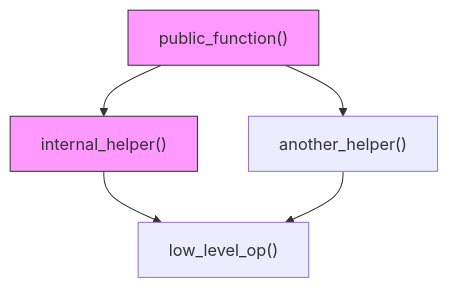
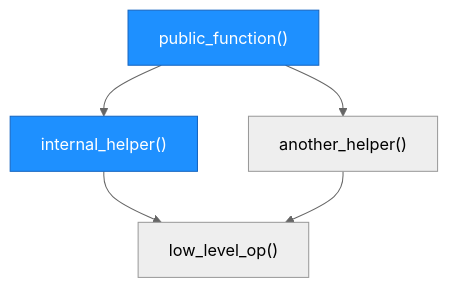
Before and after one commit to statsclaw/statsclaw: the second of 3 diagrams in templates/architecture.md, drawn with Mermaid. The commit also changed other lines of this file and 1 other file, not shown here.

First line of the commit message:
fix: improve architecture diagram styling for readability and dark mode

````diff
--- a/templates/architecture.md
+++ b/templates/architecture.md
@@ -56,10 +57,11 @@
 ```mermaid
+%%{init: {'theme': 'neutral'}}%%
 graph TD
     pub1["public_function()"] --> int1["internal_helper()"]
     pub1 --> int2["another_helper()"]
     int1 --> leaf1["low_level_op()"]
     int2 --> leaf1
 
-    style pub1 fill:#f9f,stroke:#333
-    style int1 fill:#f9f,stroke:#333
+    style pub1 fill:#1e90ff,stroke:#1565c0,color:#fff
+    style int1 fill:#1e90ff,stroke:#1565c0,color:#fff
 ```
````
